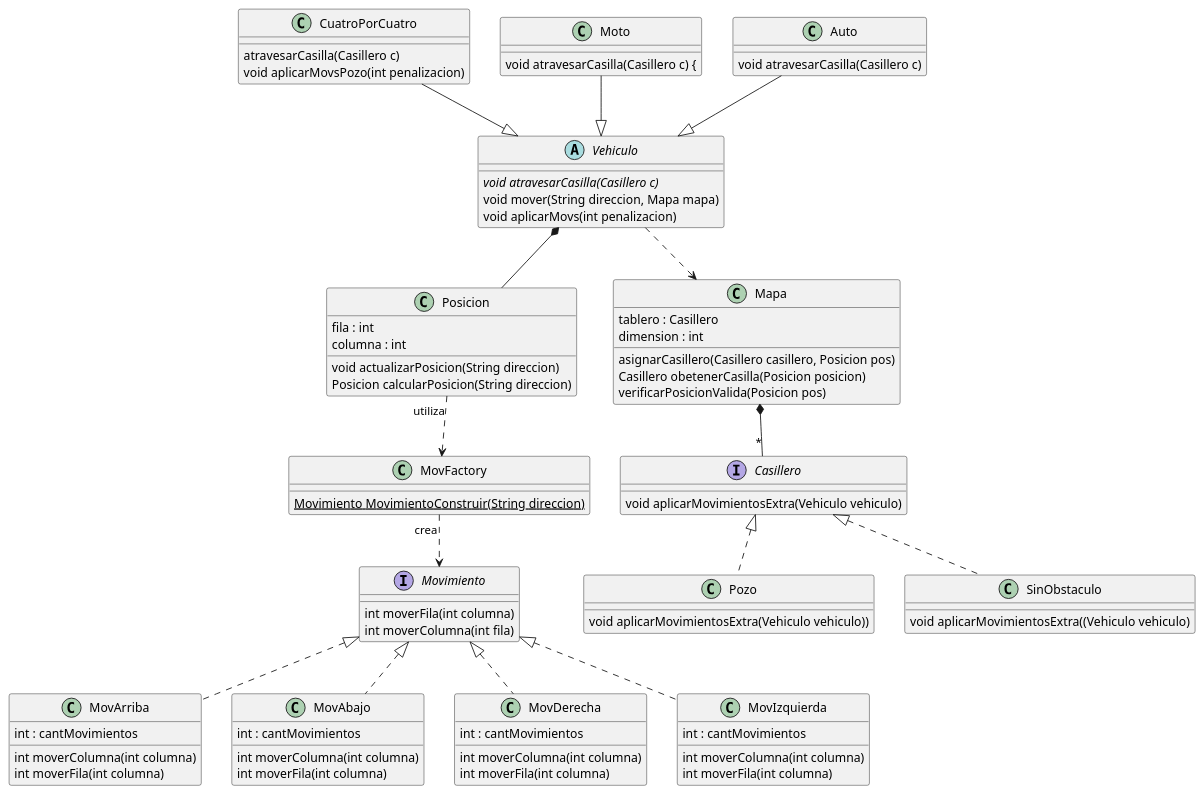
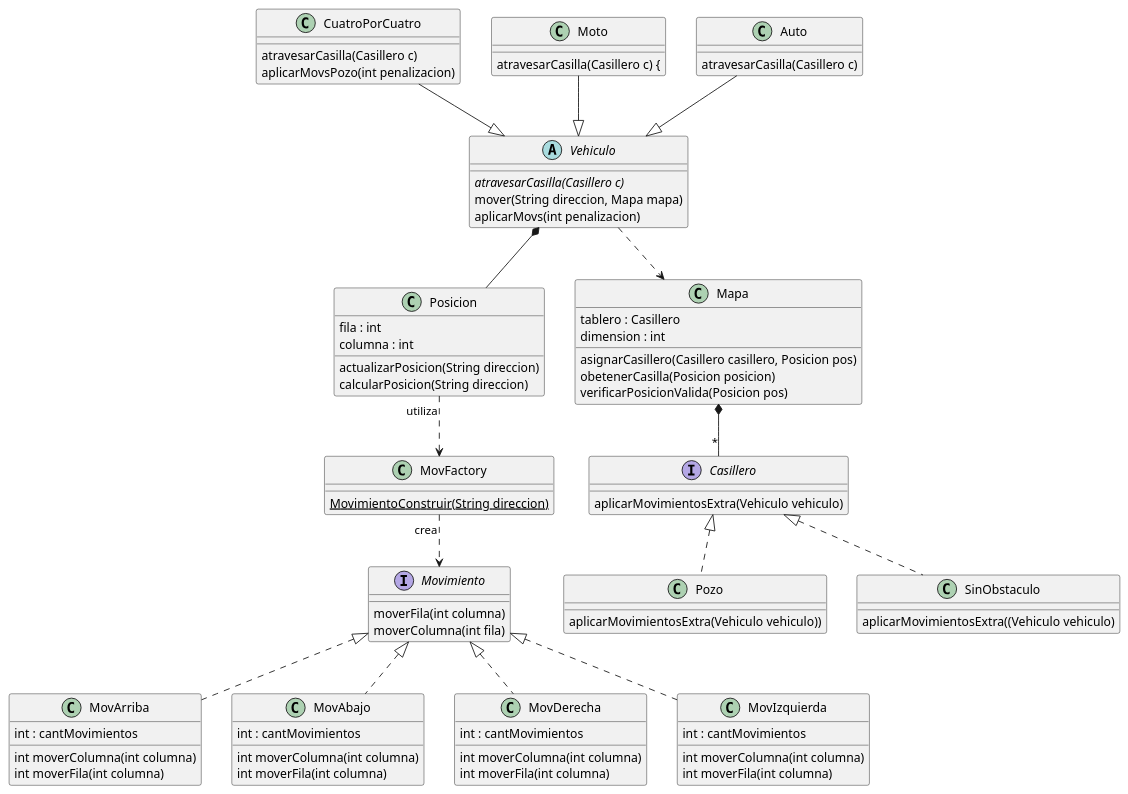
Before and after one commit to TomBPotochek/AlgoRitmos-GPS_Challenge-TP2: the diagram in diagrams/classes/diagrama de clase.puml, drawn with PlantUML. The commit also changed 1 other file, not shown here.

Commit message:
diagrama e informe actualizados

```diff
--- a/diagrams/classes/diagrama de clase.puml
+++ b/diagrams/classes/diagrama de clase.puml
@@ -1,83 +1,83 @@
 @startuml
 'https://plantuml.com/class-diagram'
 abstract class Vehiculo{
-    {abstract} void atravesarCasilla(Casillero c)
-    void mover(String direccion, Mapa mapa)
-    void aplicarMovs(int penalizacion)
+    {abstract}atravesarCasilla(Casillero c)
+    mover(String direccion, Mapa mapa)
+    aplicarMovs(int penalizacion)
 }
 class CuatroPorCuatro{
      atravesarCasilla(Casillero c)
-     void aplicarMovsPozo(int penalizacion)
+     aplicarMovsPozo(int penalizacion)
 }
 class Moto{
-     void atravesarCasilla(Casillero c) {
+     atravesarCasilla(Casillero c) {
 }
 class Auto{
-void atravesarCasilla(Casillero c)
+    atravesarCasilla(Casillero c)
 }
 class Posicion{
     fila : int
     columna : int
-    void actualizarPosicion(String direccion)
-    Posicion calcularPosicion(String direccion)
+    actualizarPosicion(String direccion)
+    calcularPosicion(String direccion)
 }
 
 interface Casillero{
-    void aplicarMovimientosExtra(Vehiculo vehiculo)
+    aplicarMovimientosExtra(Vehiculo vehiculo)
 }
 class Mapa{
     tablero : Casillero
     dimension : int
     asignarCasillero(Casillero casillero, Posicion pos)
-    Casillero obetenerCasilla(Posicion posicion)
+    obetenerCasilla(Posicion posicion)
     verificarPosicionValida(Posicion pos)
 }
 
 class Pozo implements Casillero{
-    void aplicarMovimientosExtra(Vehiculo vehiculo))
+    aplicarMovimientosExtra(Vehiculo vehiculo))
 }
 class SinObstaculo implements Casillero{
-    void aplicarMovimientosExtra((Vehiculo vehiculo)
+    aplicarMovimientosExtra((Vehiculo vehiculo)
 }
 
 class MovFactory{
-    {static}Movimiento MovimientoConstruir(String direccion)
+    {static}MovimientoConstruir(String direccion)
 }
 
 interface Movimiento{
-    int moverFila(int columna)
-    int moverColumna(int fila)
+    moverFila(int columna)
+    moverColumna(int fila)
 }
 class MovArriba implements Movimiento{
     int : cantMovimientos
     int moverColumna(int columna)
     int moverFila(int columna)
 }
 class MovAbajo implements Movimiento{
     int : cantMovimientos
     int moverColumna(int columna)
     int moverFila(int columna)
 }
 class MovDerecha implements Movimiento{
     int : cantMovimientos
     int moverColumna(int columna)
     int moverFila(int columna)
 }
 class MovIzquierda implements Movimiento{
     int : cantMovimientos
     int moverColumna(int columna)
     int moverFila(int columna)
 }
 
 Mapa *-- "*" Casillero
 Moto --|> Vehiculo
 Auto --|> Vehiculo
 CuatroPorCuatro --|> Vehiculo
 Vehiculo ..> Mapa
 Vehiculo *--Posicion
 
 MovFactory "crea"..> Movimiento
 
 Posicion "utiliza"..> MovFactory
 
 @enduml
```
